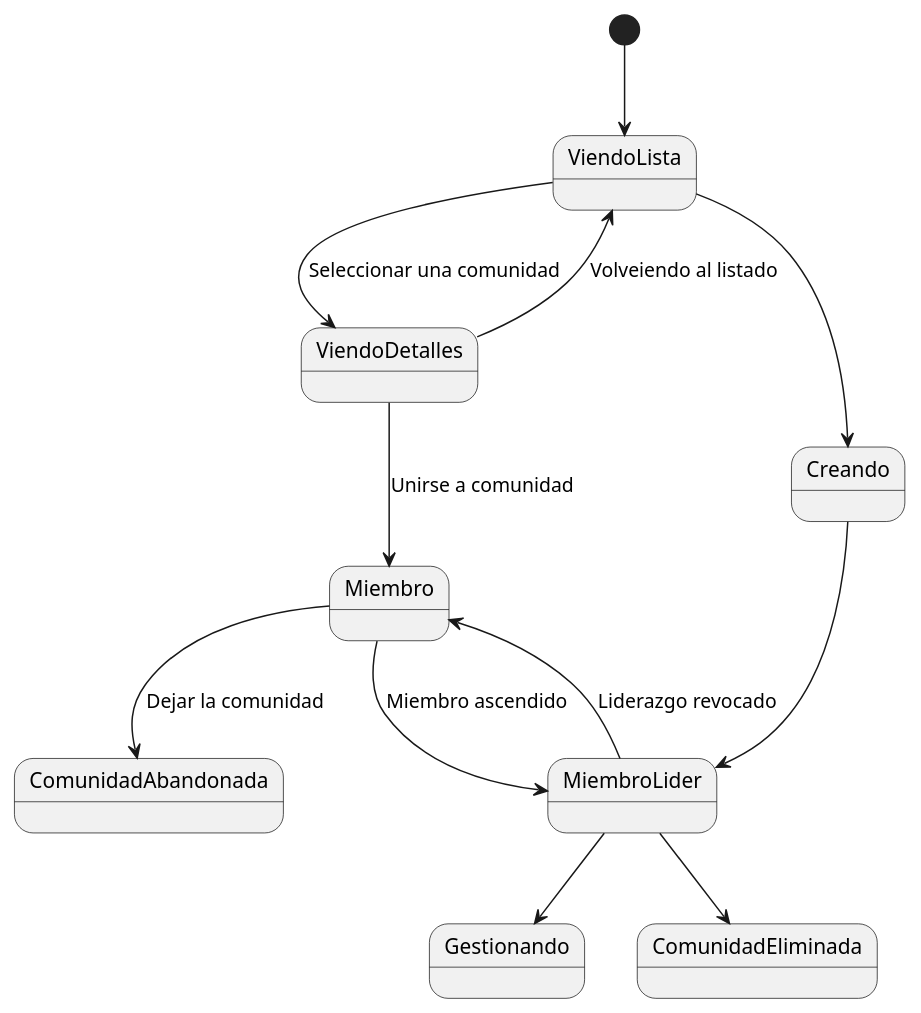
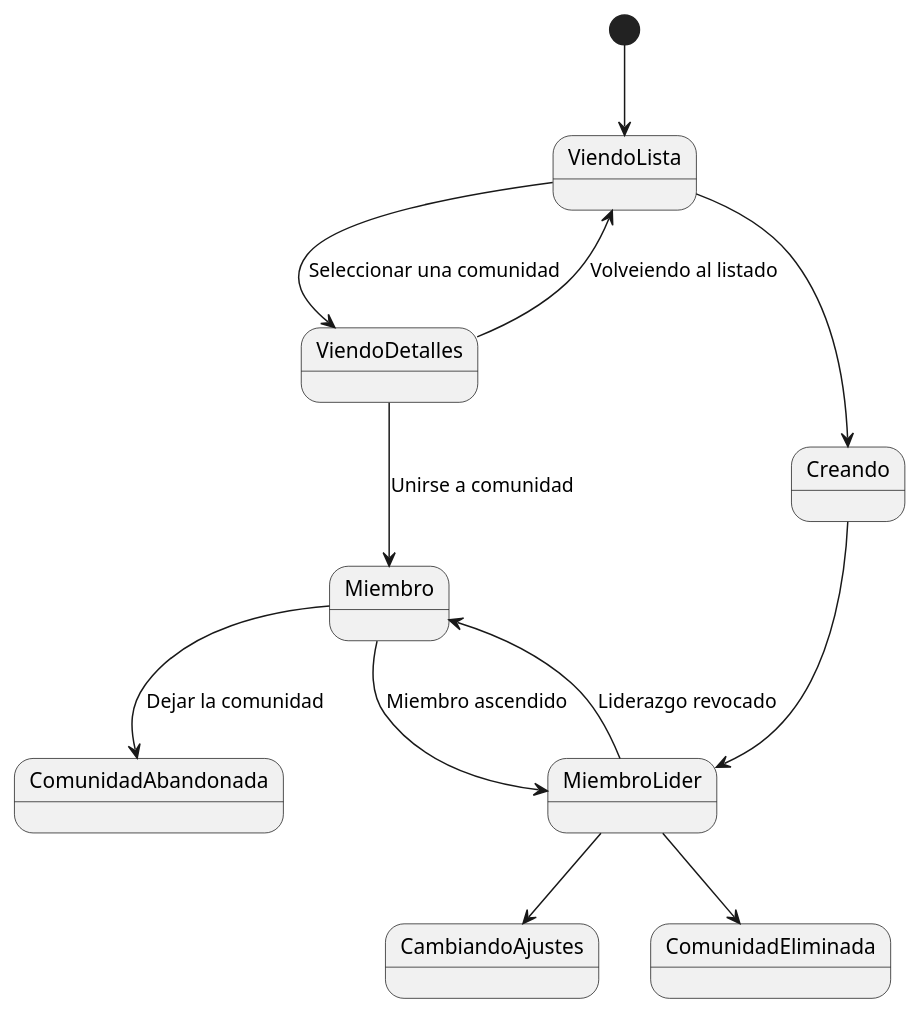
Before and after one commit to miguelgomez75/24-25-IdSw1-SDR: the diagram in MdD/DdEstados_Comunidades/4ª_Iteración/DdEstados_Comunidades.puml, drawn with PlantUML. The commit also changed 2 other files, not shown here.

```diff
--- a/MdD/DdEstados_Comunidades/4ª_Iteración/DdEstados_Comunidades.puml
+++ b/MdD/DdEstados_Comunidades/4ª_Iteración/DdEstados_Comunidades.puml
@@ -1,20 +1,20 @@
 @startuml
 [*] --> ViendoLista
 
 ViendoLista --> ViendoDetalles : Seleccionar una comunidad
 ViendoDetalles --> ViendoLista : Volveiendo al listado
 
 ViendoDetalles --> Miembro : Unirse a comunidad
 Miembro --> ComunidadAbandonada : Dejar la comunidad
 
 ' Nuevos estados y transiciones
 ViendoLista --> Creando
 Creando --> MiembroLider
 
-MiembroLider --> Gestionando 
+MiembroLider --> CambiandoAjustes
 MiembroLider --> ComunidadEliminada
 
 ' Transiciones entre Miembro y MiembroLider
 Miembro --> MiembroLider : Miembro ascendido
 MiembroLider --> Miembro : Liderazgo revocado
 @enduml
```
